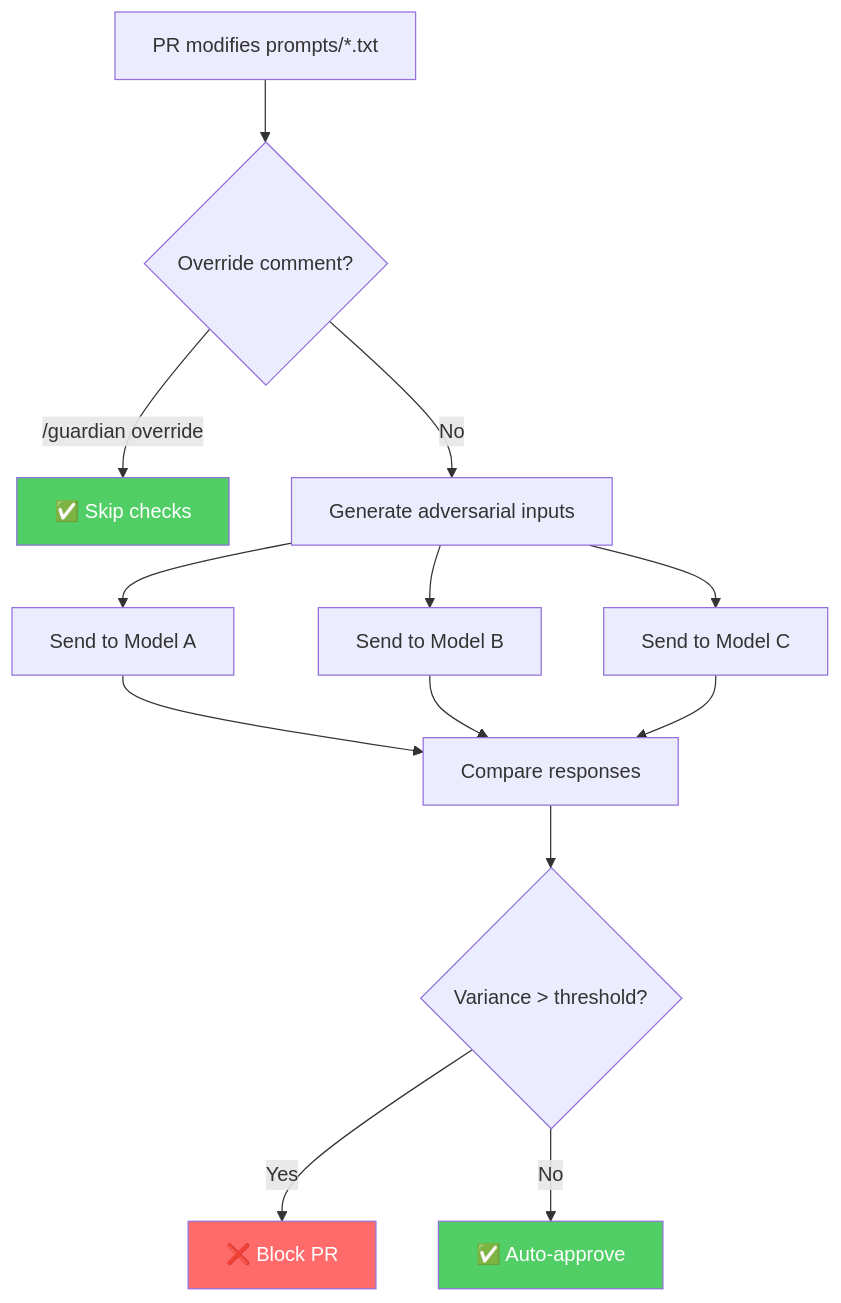
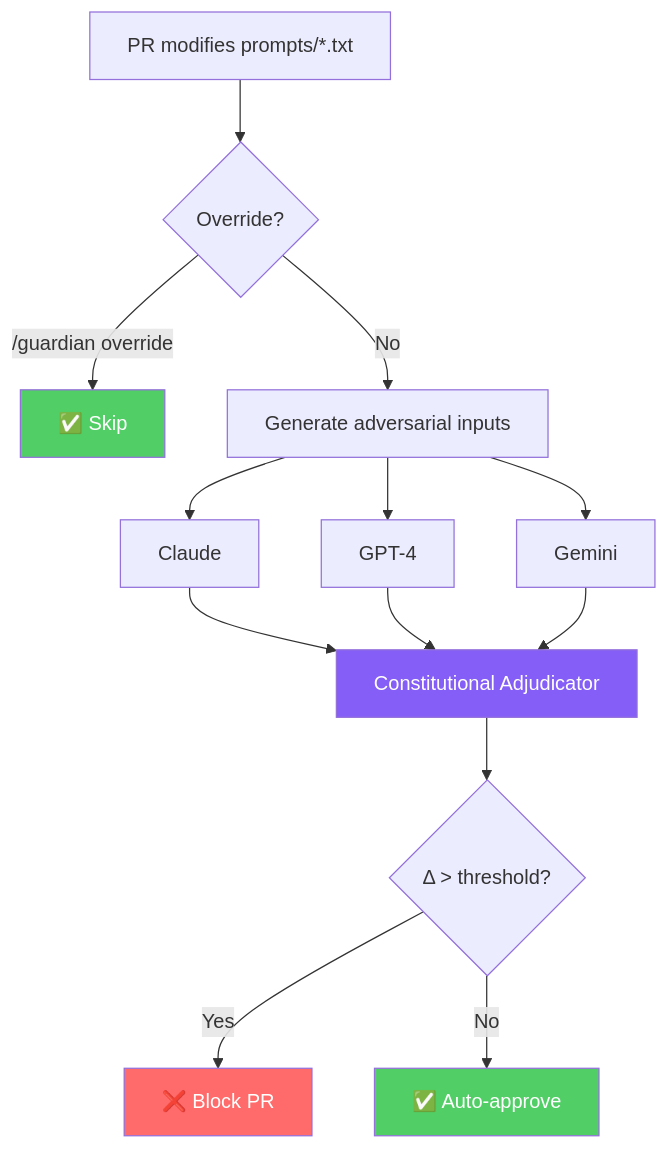
The diagram in README.md (dipampaul17/guardian), drawn with Mermaid before and after one commit. The commit also changed other lines of this file, not shown here.

First line of the commit message:
Fix README to reflect Constitutional Adjudicator architecture

````diff
--- a/README.md
+++ b/README.md
@@ -21,22 +21,23 @@
 ```mermaid
 flowchart TD
-    A[PR modifies prompts/*.txt] --> B{Override comment?}
-    B -->|/guardian override| C[✅ Skip checks]
+    A[PR modifies prompts/*.txt] --> B{Override?}
+    B -->|/guardian override| C[✅ Skip]
     B -->|No| D[Generate adversarial inputs]
     
-    D --> E[Send to Model A]
-    D --> F[Send to Model B]
-    D --> G[Send to Model C]
+    D --> E[Claude]
+    D --> F[GPT-4]
+    D --> G[Gemini]
     
-    E --> H[Compare responses]
+    E --> H[Constitutional Adjudicator]
     F --> H
     G --> H
     
-    H --> I{Variance > threshold?}
+    H --> I{Δ > threshold?}
     I -->|Yes| J[❌ Block PR]
     I -->|No| K[✅ Auto-approve]
     
     style J fill:#ff6b6b,color:#fff
     style K fill:#51cf66,color:#fff
     style C fill:#51cf66,color:#fff
+    style H fill:#845ef7,color:#fff
 ```
````
